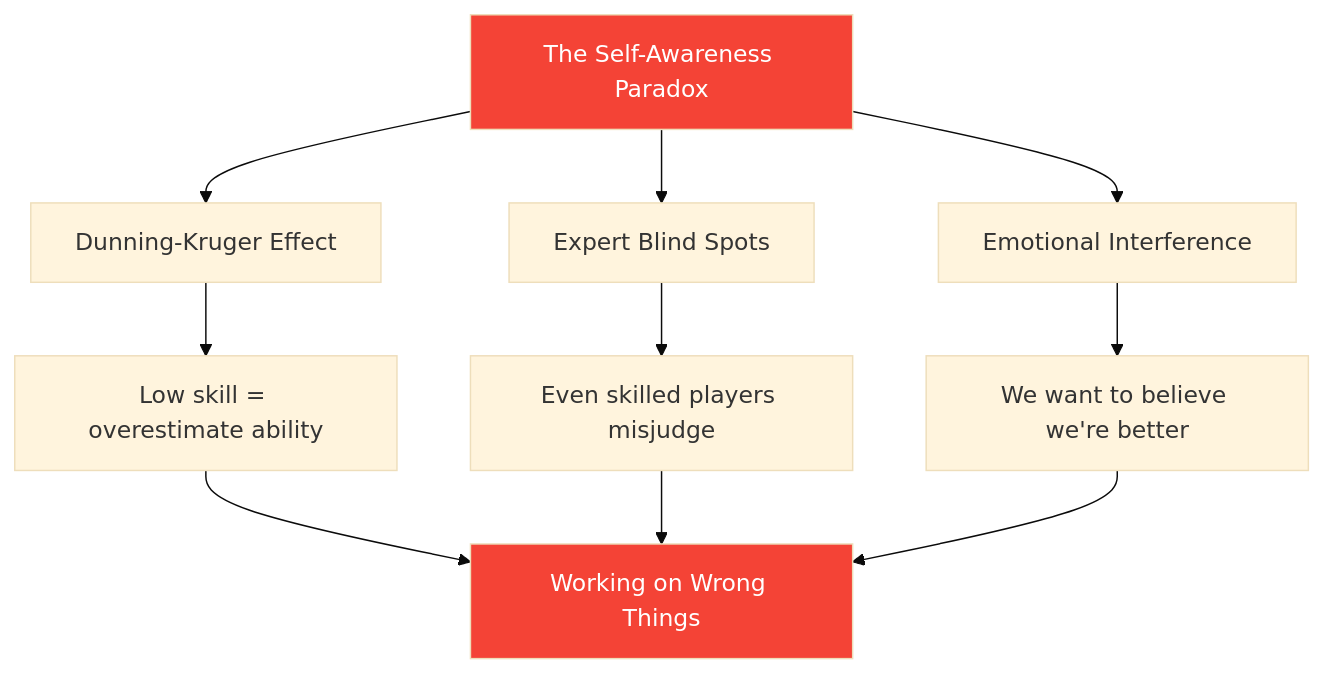
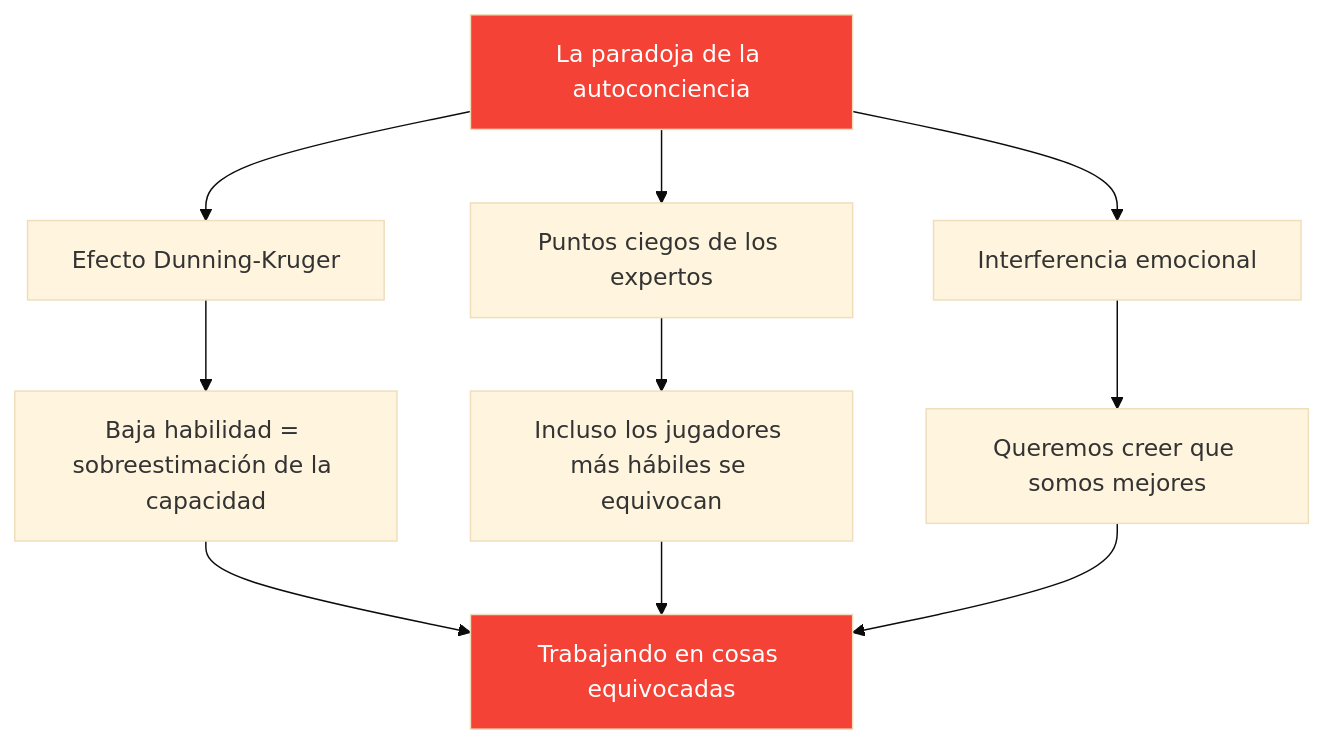
The diagram in docs/es/articles/self-awareness-development.md (patwii/petanque-academy), drawn with Mermaid (base theme) before and after one commit. The commit also changed other lines of this file and 550 other files, not shown here.

````diff
--- a/docs/es/articles/self-awareness-development.md
+++ b/docs/es/articles/self-awareness-development.md
@@ -20,17 +20,17 @@
 ```mermaid
 flowchart TD
-    A[The Self-Awareness Paradox] --> B[Dunning-Kruger Effect]
-    A --> C[Expert Blind Spots]
-    A --> D[Emotional Interference]
+    A[La paradoja de la autoconciencia] --> B[Efecto Dunning-Kruger]
+    A --> C[Puntos ciegos de los expertos]
+    A --> D[Interferencia emocional]
 
-    B --> E[Low skill = overestimate ability]
-    C --> F[Even skilled players misjudge]
-    D --> G[We want to believe we're better]
+    B --> E[Baja habilidad = sobreestimación de la capacidad]
+    C --> F[Incluso los jugadores más hábiles se equivocan]
+    D --> G[Queremos creer que somos mejores]
 
-    E --> H[Working on Wrong Things]
+    E --> H[Trabajando en cosas equivocadas]
     F --> H
     G --> H
 
     style A fill:#f44336,color:#fff
     style H fill:#f44336,color:#fff
 ```
````
